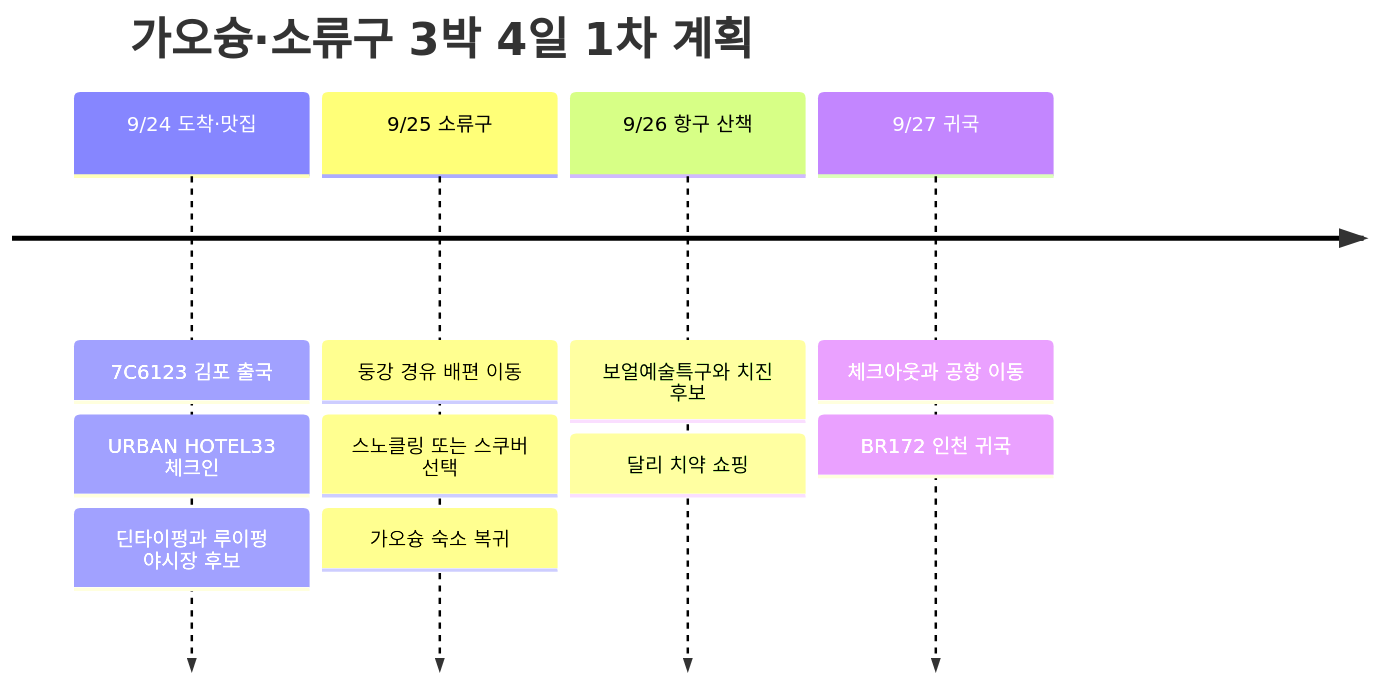
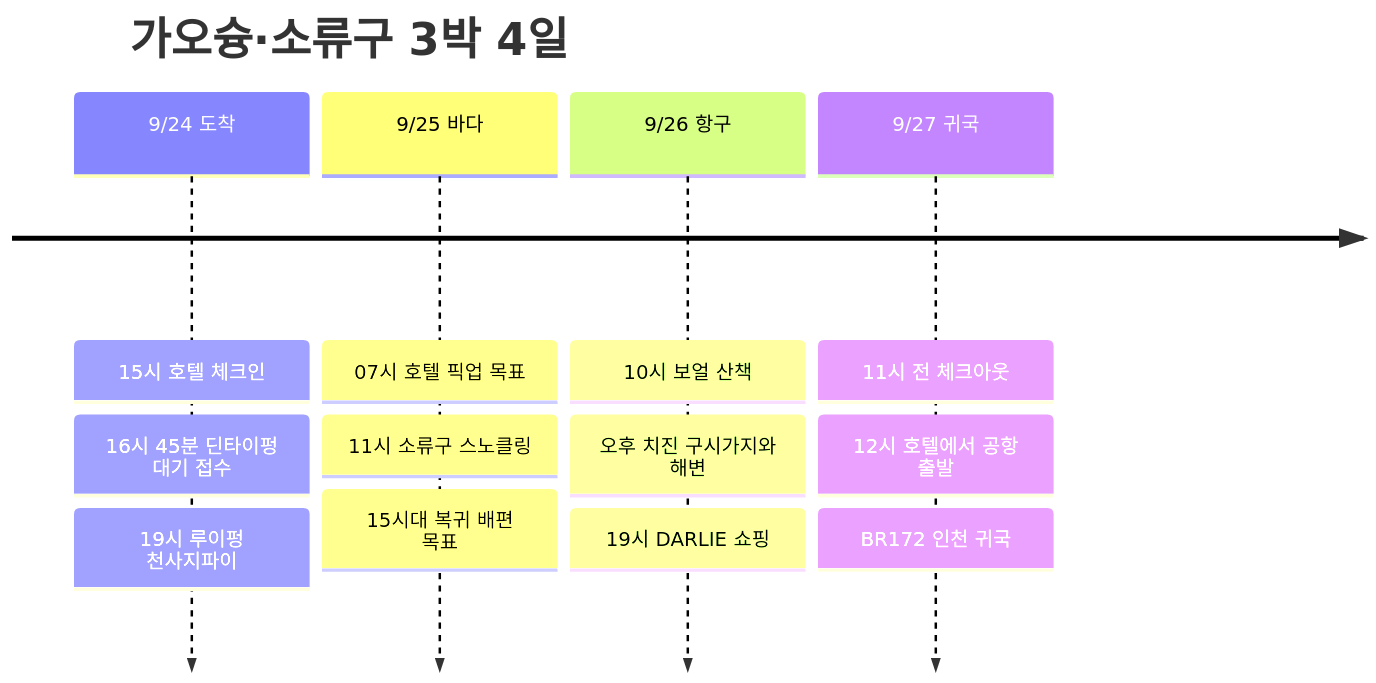
Before and after one commit to gongdongho12/commit-map: the diagram in src/content/posts/2026-09-24-kaohsiung-xiaoliuqiu.md, drawn with Mermaid. The commit also changed other lines of this file and 3 other files, not shown here.

````diff
--- a/src/content/posts/2026-09-24-kaohsiung-xiaoliuqiu.md
+++ b/src/content/posts/2026-09-24-kaohsiung-xiaoliuqiu.md
@@ -154,14 +135,16 @@
 ```mermaid
 timeline
-  title 가오슝·소류구 3박 4일 1차 계획
-  9/24 도착·맛집 : 7C6123 김포 출국
-                 : URBAN HOTEL33 체크인
-                 : 딘타이펑과 루이펑 야시장 후보
-  9/25 소류구 : 둥강 경유 배편 이동
-              : 스노클링 또는 스쿠버 선택
-              : 가오슝 숙소 복귀
-  9/26 항구 산책 : 보얼예술특구와 치진 후보
-                 : 달리 치약 쇼핑
-  9/27 귀국 : 체크아웃과 공항 이동
-            : BR172 인천 귀국
+  title 가오슝·소류구 3박 4일
+  9/24 도착 : 15시 호텔 체크인
+             : 16시 45분 딘타이펑 대기 접수
+             : 19시 루이펑 천사지파이
+  9/25 바다 : 07시 호텔 픽업 목표
+             : 11시 소류구 스노클링
+             : 15시대 복귀 배편 목표
+  9/26 항구 : 10시 보얼 산책
+             : 오후 치진 구시가지와 해변
+             : 19시 DARLIE 쇼핑
+  9/27 귀국 : 11시 전 체크아웃
+             : 12시 호텔에서 공항 출발
+             : BR172 인천 귀국
 ```
````
